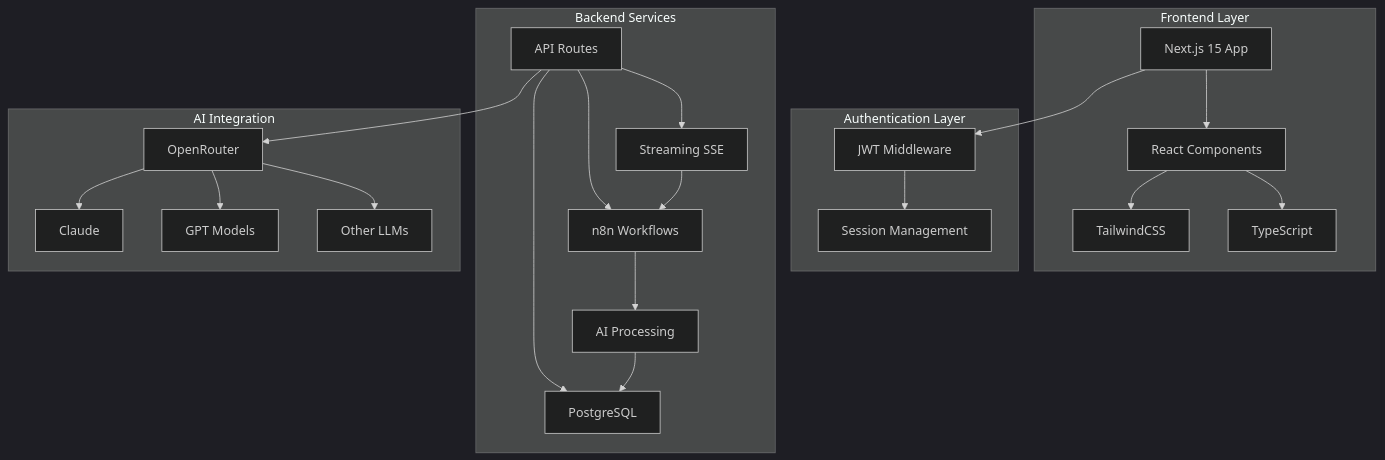
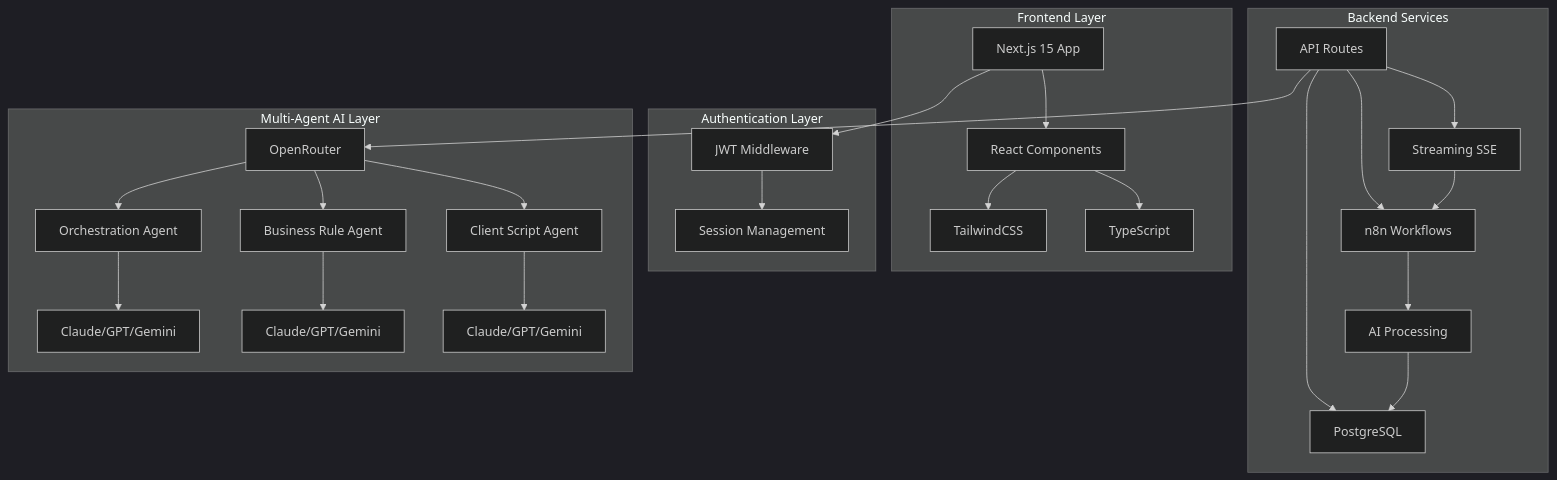
One commit to DanielMadsenDK/servicenow-helper changed the first of 2 diagrams in README.md. Above: the diagram before and after it, drawn with Mermaid (dark theme). The commit also changed other lines of this file and 19 other files, not shown here.

First line of the commit message:
feat: Implement multi-agent model support

````diff
--- a/README.md
+++ b/README.md
@@ -51,30 +51,33 @@
 ```mermaid
 graph TB
     subgraph "Frontend Layer"
         A[Next.js 15 App] --> B[React Components]
         B --> C[TailwindCSS]
         B --> D[TypeScript]
     end
     
     subgraph "Authentication Layer"
         E[JWT Middleware] --> F[Session Management]
     end
     
     subgraph "Backend Services"
         H[API Routes] --> I[n8n Workflows]
         H --> G[Streaming SSE]
         I --> J[AI Processing]
         G --> I
         H --> K[PostgreSQL]
     end
     
-    subgraph "AI Integration"
-        L[OpenRouter] --> M[Claude]
-        L --> N[GPT Models]
-        L --> O[Other LLMs]
+    subgraph "Multi-Agent AI Layer"
+        L[OpenRouter] --> M[Orchestration Agent]
+        L --> N[Business Rule Agent]
+        L --> O[Client Script Agent]
+        M --> P[Claude/GPT/Gemini]
+        N --> Q[Claude/GPT/Gemini]
+        O --> R[Claude/GPT/Gemini]
     end
     
     A --> E
     H --> L
     J --> K
 ```
````
